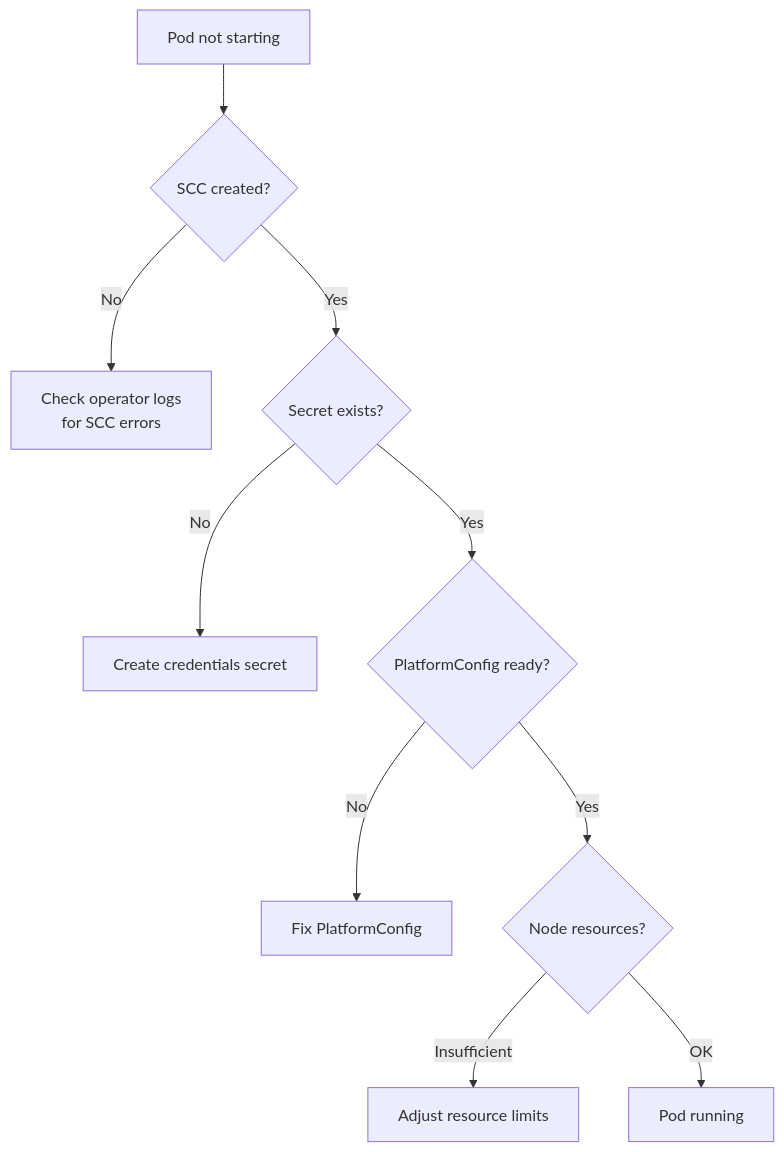
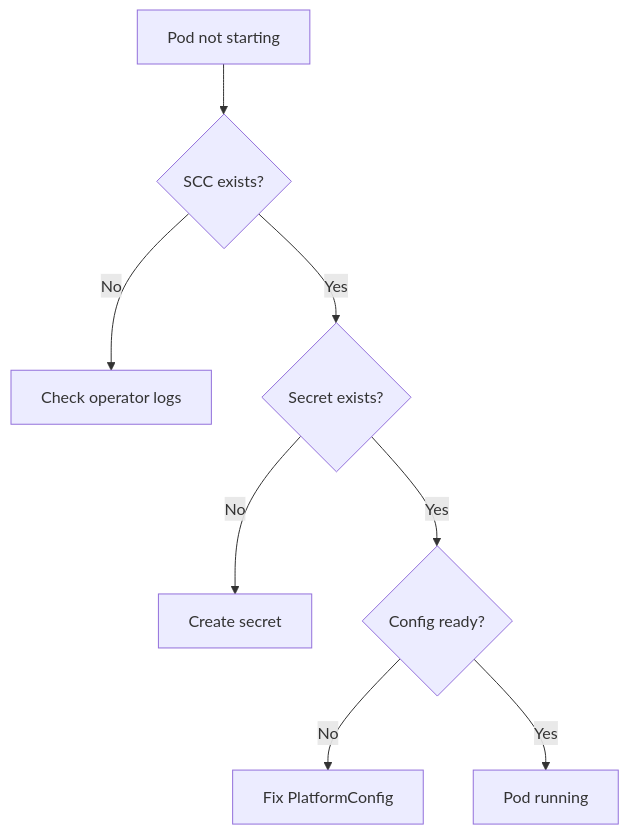
Diagram 11 of 11 in docs/blog.md (nelssec/qualys-nanny), drawn with Mermaid before and after one commit. The commit also changed other lines of this file and 15 other files, not shown here.

````diff
--- a/docs/blog.md
+++ b/docs/blog.md
@@ -428,23 +376,19 @@
 ```mermaid
 flowchart TD
     START[Pod not starting]
-    CHECK_SCC{SCC created?}
-    CREATE_SCC[Check operator logs<br/>for SCC errors]
-    CHECK_SECRET{Secret exists?}
-    CREATE_SECRET[Create credentials secret]
-    CHECK_PLATFORM{PlatformConfig ready?}
-    FIX_PLATFORM[Fix PlatformConfig]
-    CHECK_RESOURCES{Node resources?}
-    ADJUST[Adjust resource limits]
-    RUNNING[Pod running]
+    A{SCC exists?}
+    B[Check operator logs]
+    C{Secret exists?}
+    D[Create secret]
+    E{Config ready?}
+    F[Fix PlatformConfig]
+    G[Pod running]
 
-    START --> CHECK_SCC
-    CHECK_SCC -->|No| CREATE_SCC
-    CHECK_SCC -->|Yes| CHECK_SECRET
-    CHECK_SECRET -->|No| CREATE_SECRET
-    CHECK_SECRET -->|Yes| CHECK_PLATFORM
-    CHECK_PLATFORM -->|No| FIX_PLATFORM
-    CHECK_PLATFORM -->|Yes| CHECK_RESOURCES
-    CHECK_RESOURCES -->|Insufficient| ADJUST
-    CHECK_RESOURCES -->|OK| RUNNING
+    START --> A
+    A -->|No| B
+    A -->|Yes| C
+    C -->|No| D
+    C -->|Yes| E
+    E -->|No| F
+    E -->|Yes| G
 ```
````
